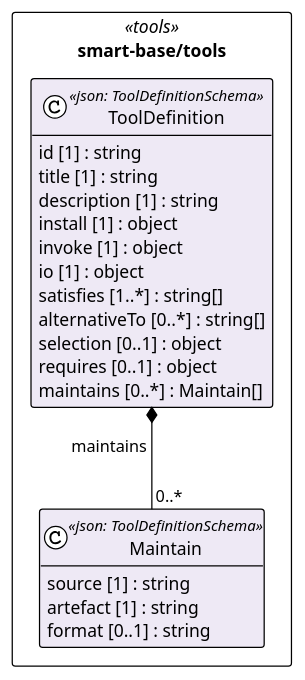
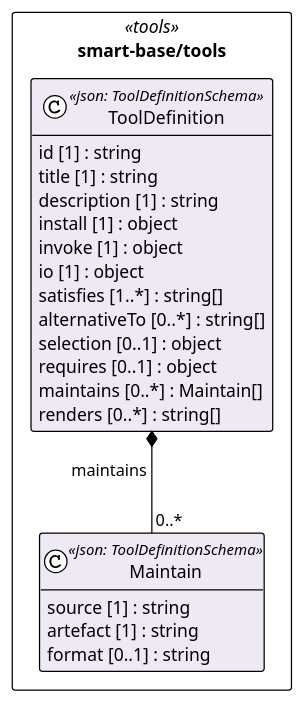
The diagram in cat-harness/uml/overview/smart-base/tools.puml (litlfred/folio-assistant), drawn with PlantUML before and after one commit. The commit also changed 75 other files, not shown here.

```diff
--- a/cat-harness/uml/overview/smart-base/tools.puml
+++ b/cat-harness/uml/overview/smart-base/tools.puml
@@ -3,31 +3,32 @@
 @startuml smart_base_tools
 !pragma layout elk
 !theme plain
 skinparam classAttributeIconSize 0
 skinparam shadowing false
 skinparam packageStyle rectangle
 hide empty methods
 
 package "smart-base/tools" as pkg_smart_base_tools <<tools>> {
   class "Maintain" as smart_base_tools_Maintain <<json: ToolDefinitionSchema>> #eee9f5 {
     source [1] : string
     artefact [1] : string
     format [0..1] : string
   }
   class "ToolDefinition" as smart_base_tools_ToolDefinition <<json: ToolDefinitionSchema>> #eee9f5 {
     id [1] : string
     title [1] : string
     description [1] : string
     install [1] : object
     invoke [1] : object
     io [1] : object
     satisfies [1..*] : string[]
     alternativeTo [0..*] : string[]
     selection [0..1] : object
     requires [0..1] : object
     maintains [0..*] : Maintain[]
+    renders [0..*] : string[]
   }
 }
 
 smart_base_tools_ToolDefinition *-- "0..*" smart_base_tools_Maintain : maintains
 @enduml
```
